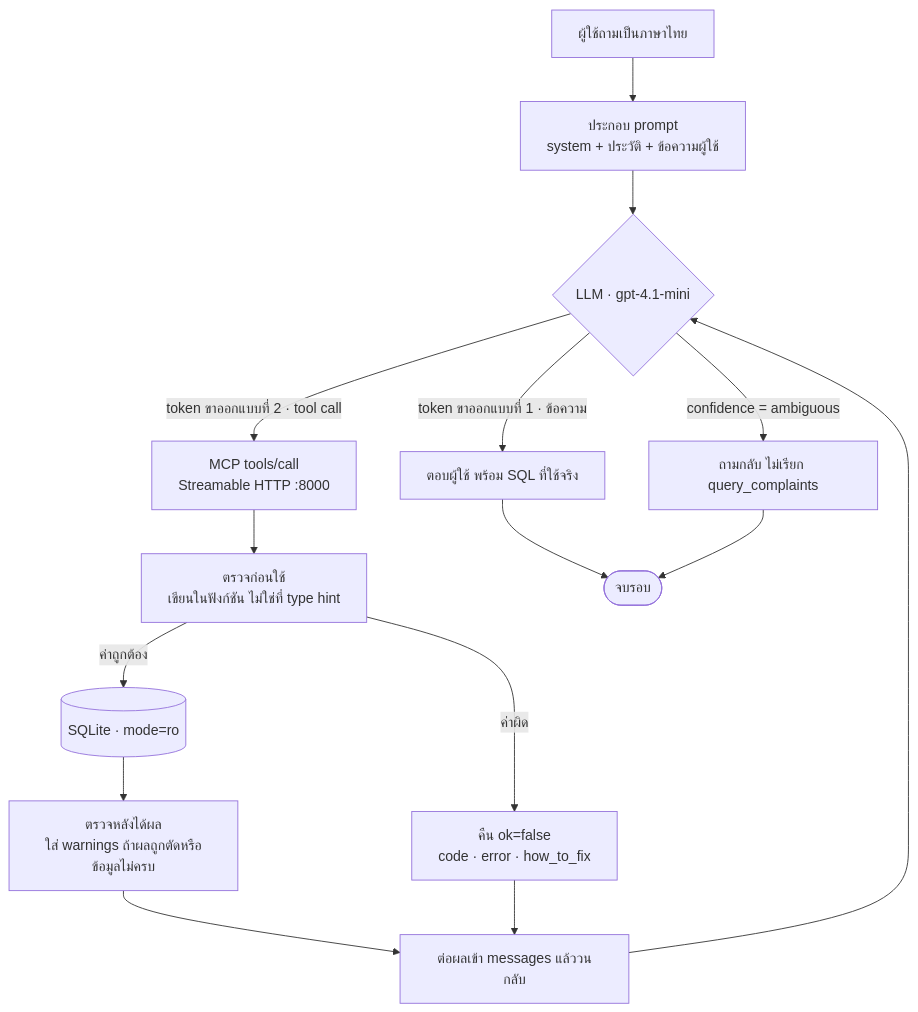
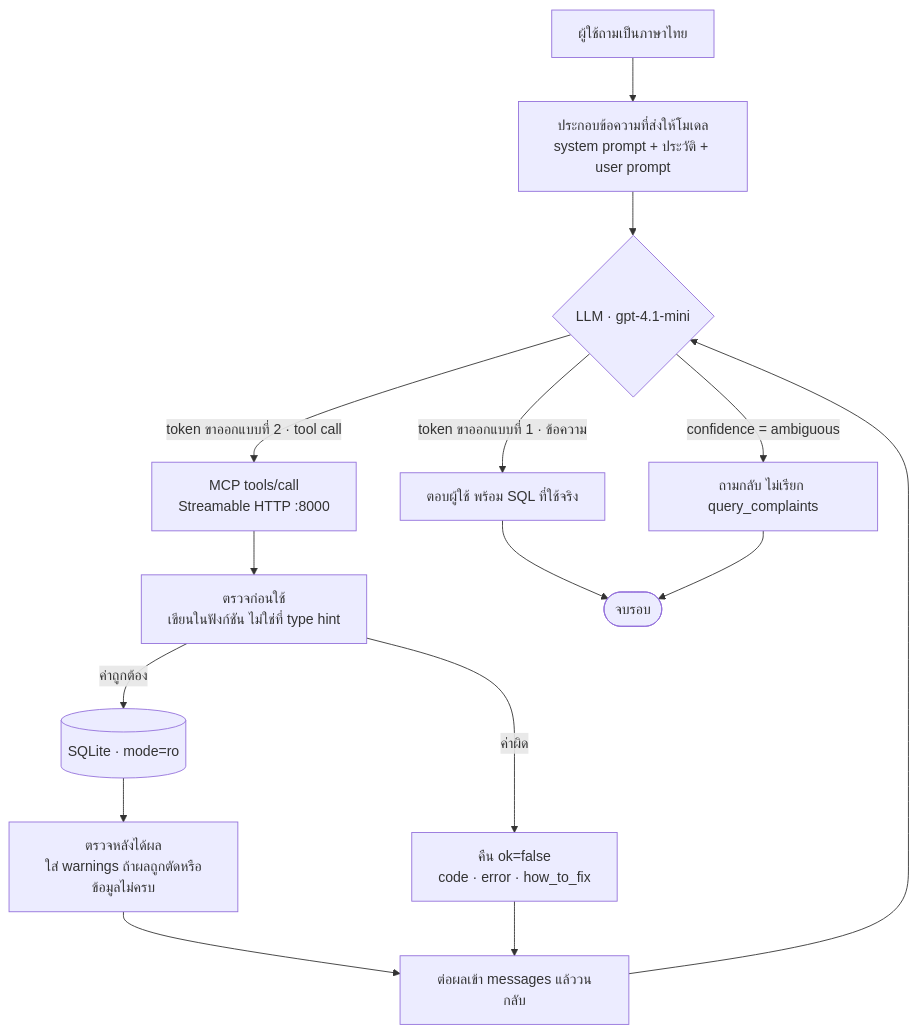
Before and after one commit to natthananmooo/nbtc-agent: the diagram in README.md, drawn with Mermaid. The commit also changed other lines of this file, not shown here.

First line of the commit message:
ใช้คำว่า user prompt กับ system prompt ให้ตรงตามที่อาจารย์กำหนด

````diff
--- a/README.md
+++ b/README.md
@@ -143,22 +143,22 @@
 ```mermaid
 flowchart TD
-    U["ผู้ใช้ถามเป็นภาษาไทย"] --> P["ประกอบ prompt<br/>system + ประวัติ + ข้อความผู้ใช้"]
+    U["ผู้ใช้ถามเป็นภาษาไทย"] --> P["ประกอบข้อความที่ส่งให้โมเดล<br/>system prompt + ประวัติ + user prompt"]
     P --> L{"LLM · gpt-4.1-mini"}
 
     L -->|"token ขาออกแบบที่ 1 · ข้อความ"| ANS["ตอบผู้ใช้ พร้อม SQL ที่ใช้จริง"]
     L -->|"token ขาออกแบบที่ 2 · tool call"| MCP["MCP tools/call<br/>Streamable HTTP :8000"]
 
     MCP --> PRE["ตรวจก่อนใช้<br/>เขียนในฟังก์ชัน ไม่ใช่ที่ type hint"]
     PRE -->|"ค่าถูกต้อง"| DB[("SQLite · mode=ro")]
     PRE -->|"ค่าผิด"| ERR["คืน ok=false<br/>code · error · how_to_fix"]
 
     DB --> POST["ตรวจหลังได้ผล<br/>ใส่ warnings ถ้าผลถูกตัดหรือข้อมูลไม่ครบ"]
     POST --> BACK["ต่อผลเข้า messages แล้ววนกลับ"]
     ERR --> BACK
     BACK --> L
 
     L -->|"confidence = ambiguous"| ASK["ถามกลับ ไม่เรียก query_complaints"]
 
     ANS --> STOP(["จบรอบ"])
     ASK --> STOP
 ```
````
